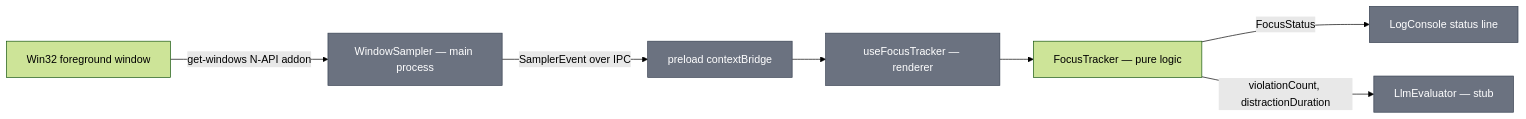
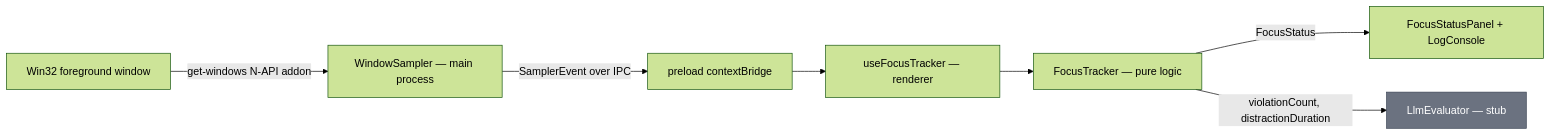
The first of 3 diagrams in src/renderer/services/focus/CONTEXT.md (Masterslayer7/FocusSentinel), drawn with Mermaid (forest theme) before and after one commit. The commit also changed other lines of this file and 12 other files, not shown here.

First line of the commit message:
feat(focus): show live focus status in the app (Milestone 4)

````diff
--- a/src/renderer/services/focus/CONTEXT.md
+++ b/src/renderer/services/focus/CONTEXT.md
@@ -28,15 +33,11 @@
 ```mermaid
 graph LR
     OS[Win32 foreground window] -->|get-windows N-API addon| Sampler[WindowSampler — main process]
     Sampler -->|SamplerEvent over IPC| Bridge[preload contextBridge]
     Bridge --> Hook[useFocusTracker — renderer]
     Hook --> Tracker[FocusTracker — pure logic]
-    Tracker -->|FocusStatus| UI[LogConsole status line]
+    Tracker -->|FocusStatus| UI[FocusStatusPanel + LogConsole]
     Tracker -->|violationCount, distractionDuration| Llm[LlmEvaluator — stub]
 
-    style Sampler fill:#6b7280,stroke:#374151,color:#fff
-    style Bridge fill:#6b7280,stroke:#374151,color:#fff
-    style Hook fill:#6b7280,stroke:#374151,color:#fff
-    style UI fill:#6b7280,stroke:#374151,color:#fff
     style Llm fill:#6b7280,stroke:#374151,color:#fff
 ```
````
